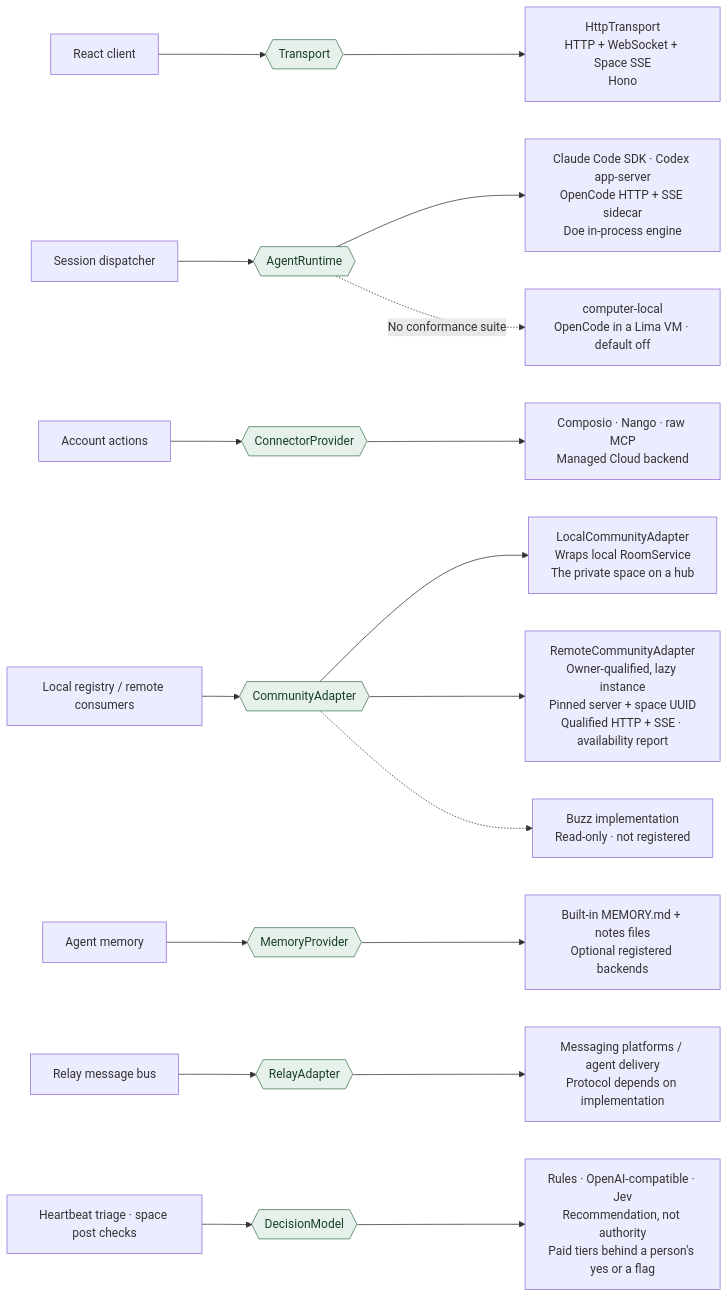
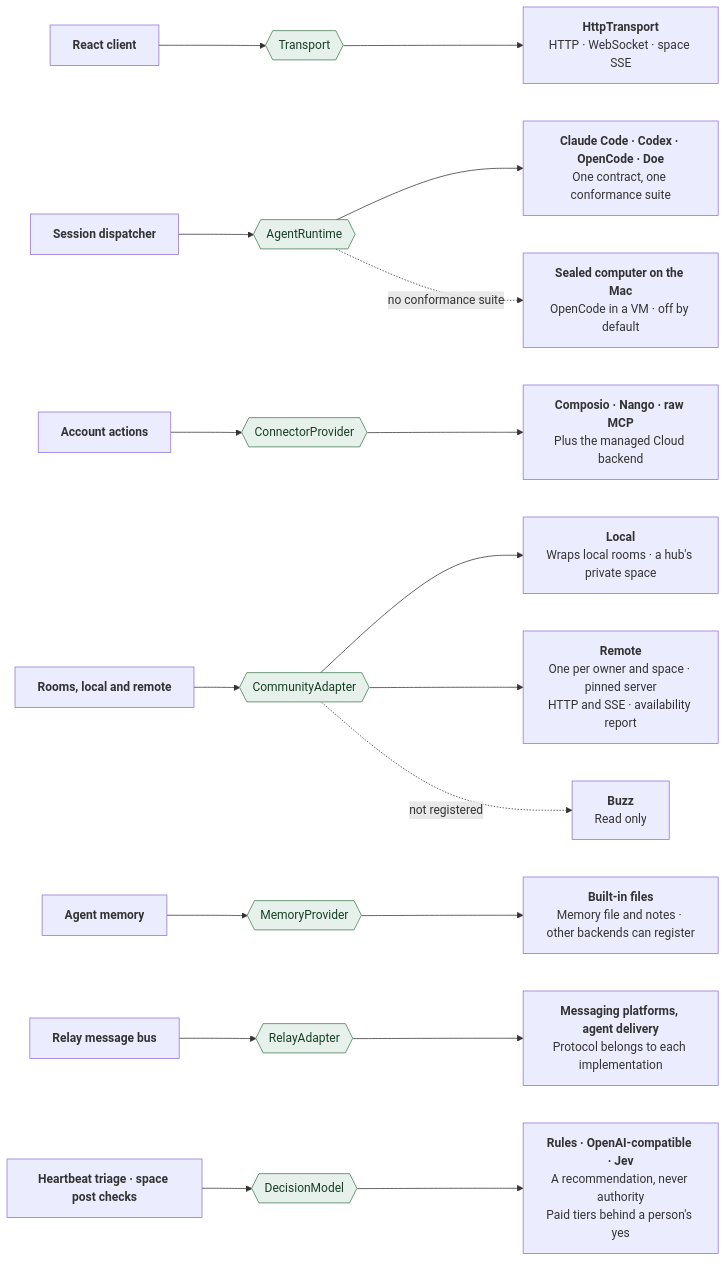
One commit to dork-labs/dorkos changed the diagram in contributing/diagrams/architecture/ports.mmd. Above: the diagram before and after it, drawn with Mermaid. The commit also changed 16 other files, not shown here.

First line of the commit message:
docs(architecture): restyle the diagrams: ELK layout, bold names with one detail line, one status key

```diff
--- a/contributing/diagrams/architecture/ports.mmd
+++ b/contributing/diagrams/architecture/ports.mmd
@@ -1,22 +1,30 @@
 flowchart LR
   accTitle: DorkOS replaceable interfaces
-  accDescr: Each row names a caller, its port, and implementations. A port is a code boundary, not necessarily a network boundary. Dashed edges identify the unregistered Buzz implementation and the computer-local runtime, which has no conformance suite. The decision ladder has two production callers since October: heartbeat triage and the space server's post checks.
-  ui["React client"] --> transport{{"Transport"}}
-  transport --> http["HttpTransport<br/>HTTP + WebSocket + Space SSE<br/>Hono"]
-  dispatch["Session dispatcher"] --> agent{{"AgentRuntime"}}
-  agent --> runtimes["Claude Code SDK · Codex app-server<br/>OpenCode HTTP + SSE sidecar<br/>Doe in-process engine"]
-  agent -.->|"No conformance suite"| vm["computer-local<br/>OpenCode in a Lima VM · default off"]
-  accounts["Account actions"] --> connector{{"ConnectorProvider"}}
-  connector --> backends["Composio · Nango · raw MCP<br/>Managed Cloud backend"]
-  rooms["Local registry / remote consumers"] --> community{{"CommunityAdapter"}}
-  community --> local["LocalCommunityAdapter<br/>Wraps local RoomService<br/>The private space on a hub"]
-  community --> remote["RemoteCommunityAdapter<br/>Owner-qualified, lazy instance<br/>Pinned server + space UUID<br/>Qualified HTTP + SSE · availability report"]
-  community -.-> buzz["Buzz implementation<br/>Read-only · not registered"]
-  notes["Agent memory"] --> memory{{"MemoryProvider"}}
-  memory --> files["Built-in MEMORY.md + notes files<br/>Optional registered backends"]
-  relay["Relay message bus"] --> messaging{{"RelayAdapter"}}
-  messaging --> channels["Messaging platforms / agent delivery<br/>Protocol depends on implementation"]
-  beats["Heartbeat triage · space post checks"] --> decision{{"DecisionModel"}}
-  decision --> bridges["Rules · OpenAI-compatible · Jev<br/>Recommendation, not authority<br/>Paid tiers behind a person's yes or a flag"]
+  accDescr: Each row names a caller, its port, and the implementations behind it. A port is a code boundary, not necessarily a network boundary. Dashed edges mark the unregistered Buzz implementation and the sealed-computer runtime, which has no conformance suite. The decision ladder has two production callers since October: heartbeat triage and the space server's post checks.
+
+  ui["<b>React client</b>"] --> transport{{"Transport"}}
+  transport --> http["<b>HttpTransport</b><br/><span class='d'>HTTP · WebSocket · space SSE</span>"]
+
+  dispatch["<b>Session dispatcher</b>"] --> agent{{"AgentRuntime"}}
+  agent --> runtimes["<b>Claude Code · Codex · OpenCode · Doe</b><br/><span class='d'>One contract, one conformance suite</span>"]
+  agent -.->|"no conformance suite"| vm["<b>Sealed computer on the Mac</b><br/><span class='d'>OpenCode in a VM · off by default</span>"]
+
+  accounts["<b>Account actions</b>"] --> connector{{"ConnectorProvider"}}
+  connector --> backends["<b>Composio · Nango · raw MCP</b><br/><span class='d'>Plus the managed Cloud backend</span>"]
+
+  rooms["<b>Rooms, local and remote</b>"] --> community{{"CommunityAdapter"}}
+  community --> local["<b>Local</b><br/><span class='d'>Wraps local rooms · a hub's private space</span>"]
+  community --> remote["<b>Remote</b><br/><span class='d'>One per owner and space · pinned server<br/>HTTP and SSE · availability report</span>"]
+  community -.->|"not registered"| buzz["<b>Buzz</b><br/><span class='d'>Read only</span>"]
+
+  notes["<b>Agent memory</b>"] --> memory{{"MemoryProvider"}}
+  memory --> files["<b>Built-in files</b><br/><span class='d'>Memory file and notes · other backends can register</span>"]
+
+  relay["<b>Relay message bus</b>"] --> messaging{{"RelayAdapter"}}
+  messaging --> channels["<b>Messaging platforms, agent delivery</b><br/><span class='d'>Protocol belongs to each implementation</span>"]
+
+  beats["<b>Heartbeat triage · space post checks</b>"] --> decision{{"DecisionModel"}}
+  decision --> bridges["<b>Rules · OpenAI-compatible · Jev</b><br/><span class='d'>A recommendation, never authority<br/>Paid tiers behind a person's yes</span>"]
+
   classDef port fill:#e7f1eb,stroke:#427a55,color:#183f26
   class transport,agent,connector,community,memory,messaging,decision port
```
